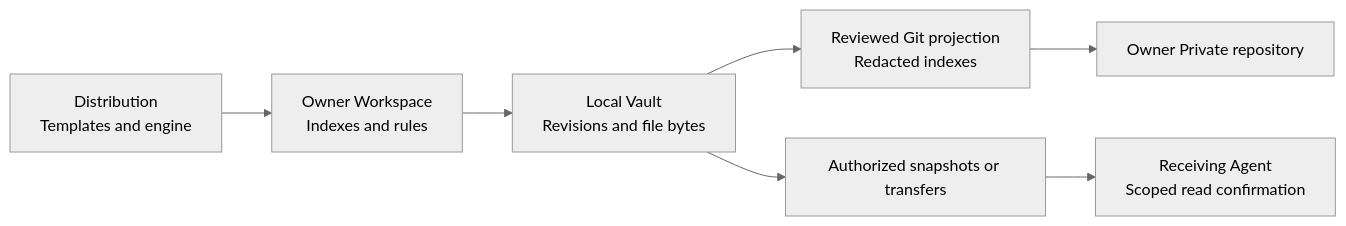
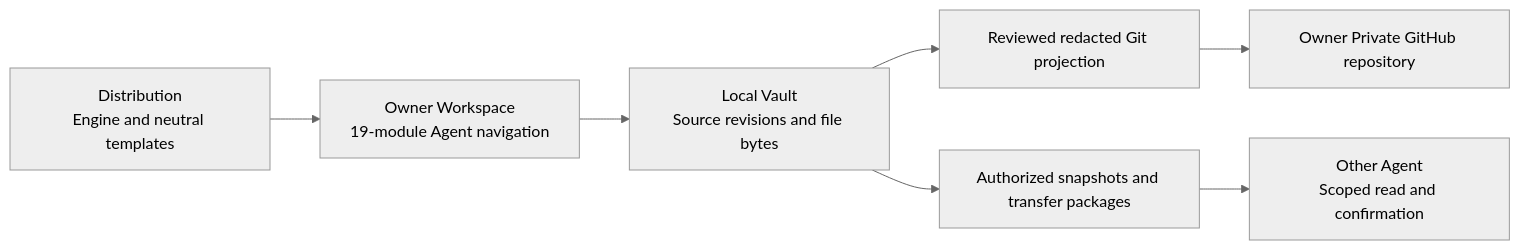
One commit to ranchen-love/ai-memory-hub-v2-1-review changed the diagram in docs/i18n/README.en.md. Above: the diagram before and after it, drawn with Mermaid (neutral theme). The commit also changed other lines of this file, not shown here.

Commit message:
docs(i18n): align English homepage with product overview and one-prompt Agent onboarding

````diff
--- a/docs/i18n/README.en.md
+++ b/docs/i18n/README.en.md
@@ -27,9 +85,9 @@
 ```mermaid
 flowchart LR
-    A["Distribution\nTemplates and engine"] --> B["Owner Workspace\nIndexes and rules"]
-    B --> C["Local Vault\nRevisions and file bytes"]
-    C --> D["Reviewed Git projection\nRedacted indexes"]
-    D --> E["Owner Private repository"]
-    C --> F["Authorized snapshots or transfers"]
-    F --> G["Receiving Agent\nScoped read confirmation"]
+    A["Distribution\nEngine and neutral templates"] --> B["Owner Workspace\n19-module Agent navigation"]
+    B --> C["Local Vault\nSource revisions and file bytes"]
+    C --> D["Reviewed redacted Git projection"]
+    D --> E["Owner Private GitHub repository"]
+    C --> F["Authorized snapshots and transfer packages"]
+    F --> G["Other Agent\nScoped read and confirmation"]
 ```
````
